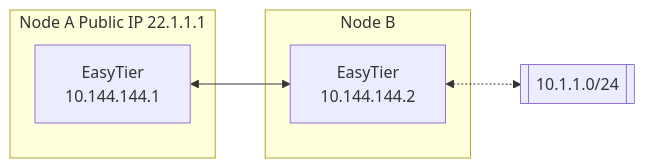
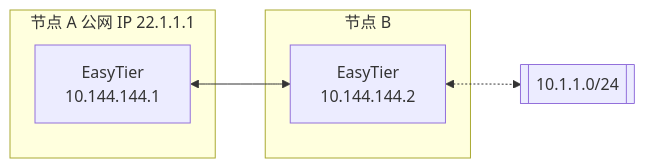
One commit to alniyata-firefly/easytier changed the first of 2 diagrams in README.md. Above: the diagram before and after it, drawn with Mermaid. The commit also changed other lines of this file and 3 other files, not shown here.

````diff
--- a/README.md
+++ b/README.md
@@ -219,15 +217,15 @@
 ```mermaid
 flowchart LR
 
-subgraph Node A Public IP 22.1.1.1
+subgraph 节点 A 公网 IP 22.1.1.1
 nodea[EasyTier<br/>10.144.144.1]
 end
 
-subgraph Node B
+subgraph 节点 B
 nodeb[EasyTier<br/>10.144.144.2]
 end
 
 id1[[10.1.1.0/24]]
 
 nodea <--> nodeb <-.-> id1
 ```
````
